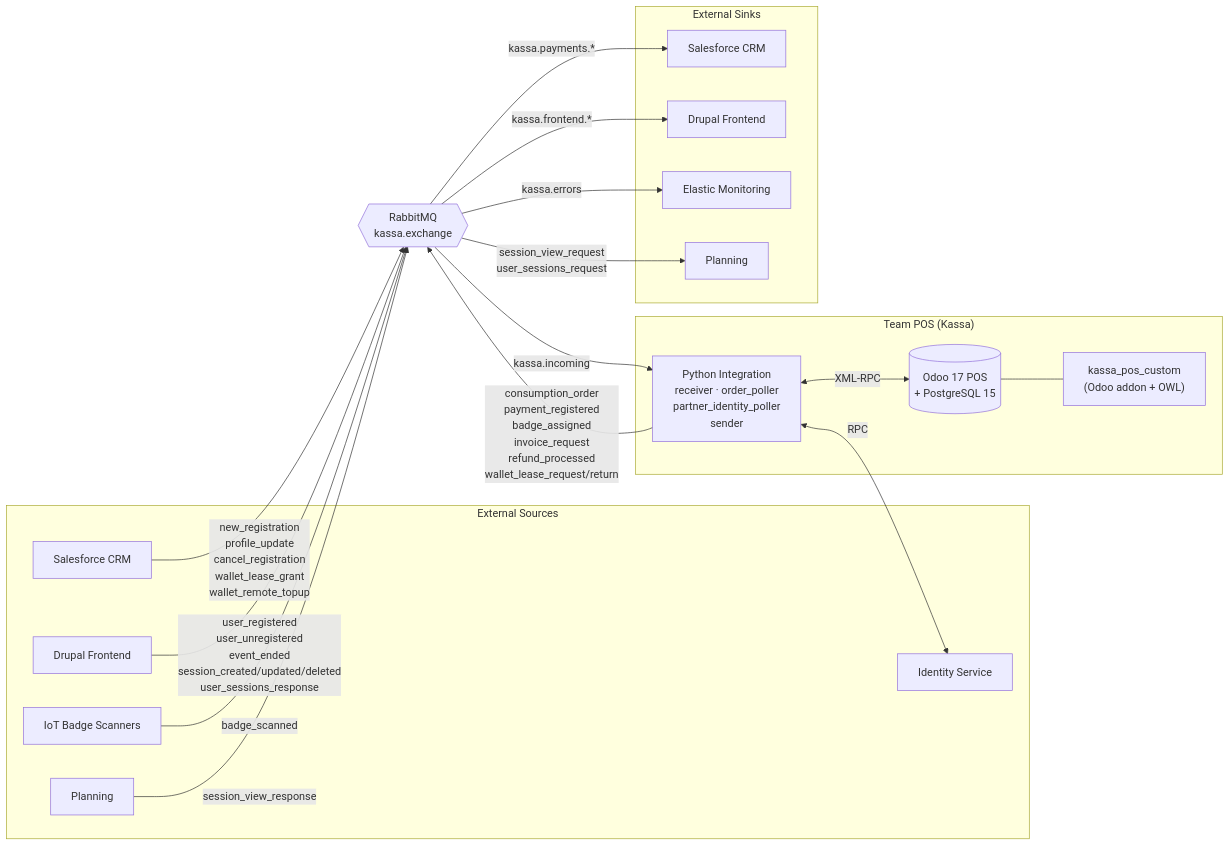
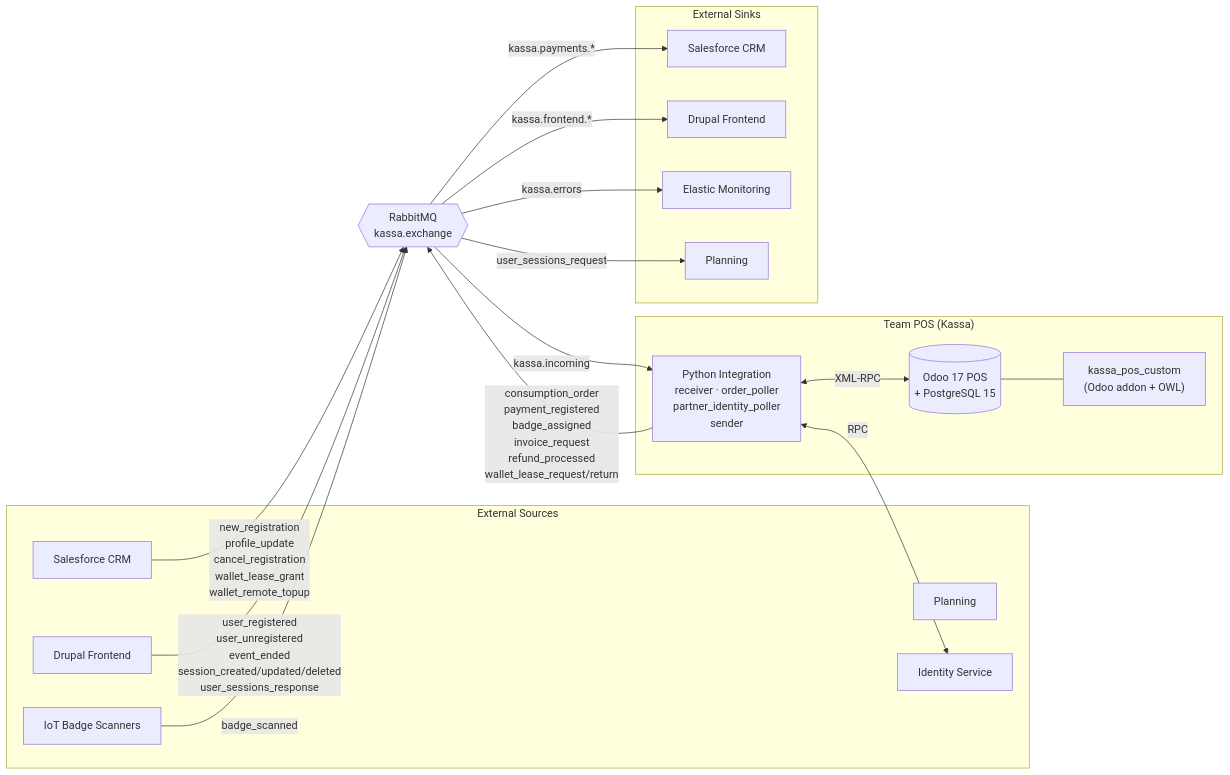
Before and after one commit to IntegrationProject-Groep1/Kassa: the diagram in README.md, drawn with Mermaid. The commit also changed other lines of this file and 4 other files, not shown here.

First line of the commit message:
docs: remove session_view_request/response (Planning RPC deprecated)

````diff
--- a/README.md
+++ b/README.md
@@ -46,39 +46,38 @@
 ```mermaid
 flowchart LR
     subgraph Sources["External Sources"]
         CRM[Salesforce CRM]
         FE[Drupal Frontend]
         IOT[IoT Badge Scanners]
         PLAN[Planning]
         ID[Identity Service]
     end
 
     RMQ{{"RabbitMQ\nkassa.exchange"}}
 
     subgraph POS["Team POS (Kassa)"]
         PY["Python Integration\nreceiver · order_poller\npartner_identity_poller\nsender"]
         ODOO[("Odoo 17 POS\n+ PostgreSQL 15")]
         ADDON["kassa_pos_custom\n(Odoo addon + OWL)"]
     end
 
     subgraph Sinks["External Sinks"]
         CRM2[Salesforce CRM]
         DRUPAL[Drupal Frontend]
         ELASTIC[Elastic Monitoring]
         PLAN2[Planning]
     end
 
     CRM -- "new_registration\nprofile_update\ncancel_registration\nwallet_lease_grant\nwallet_remote_topup" --> RMQ
     FE -- "user_registered\nuser_unregistered\nevent_ended\nsession_created/updated/deleted\nuser_sessions_response" --> RMQ
     IOT -- "badge_scanned" --> RMQ
-    PLAN -- "session_view_response" --> RMQ
     RMQ -- "kassa.incoming" --> PY
     PY <-->|XML-RPC| ODOO
     ODOO --- ADDON
     PY -- "consumption_order\npayment_registered\nbadge_assigned\ninvoice_request\nrefund_processed\nwallet_lease_request/return" --> RMQ
     PY <-->|RPC| ID
     RMQ -- "kassa.payments.*" --> CRM2
     RMQ -- "kassa.frontend.*" --> DRUPAL
     RMQ -- "kassa.errors" --> ELASTIC
-    RMQ -- "session_view_request\nuser_sessions_request" --> PLAN2
+    RMQ -- "user_sessions_request" --> PLAN2
 ```
````
